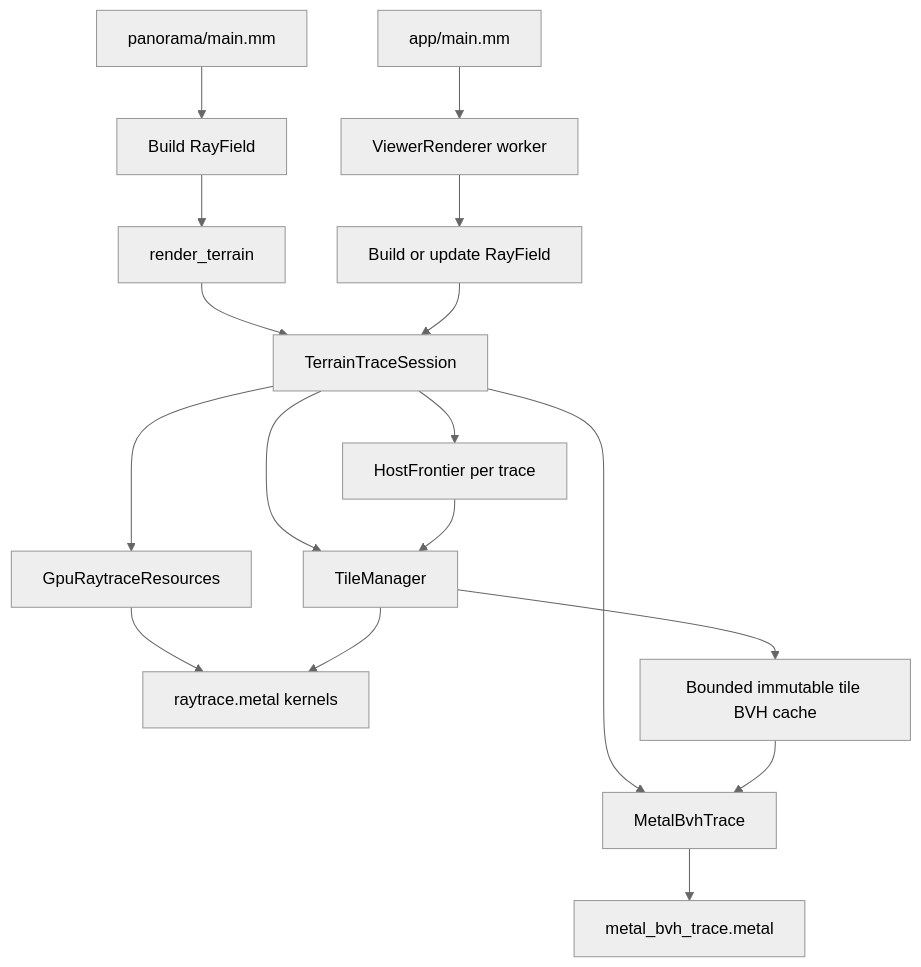
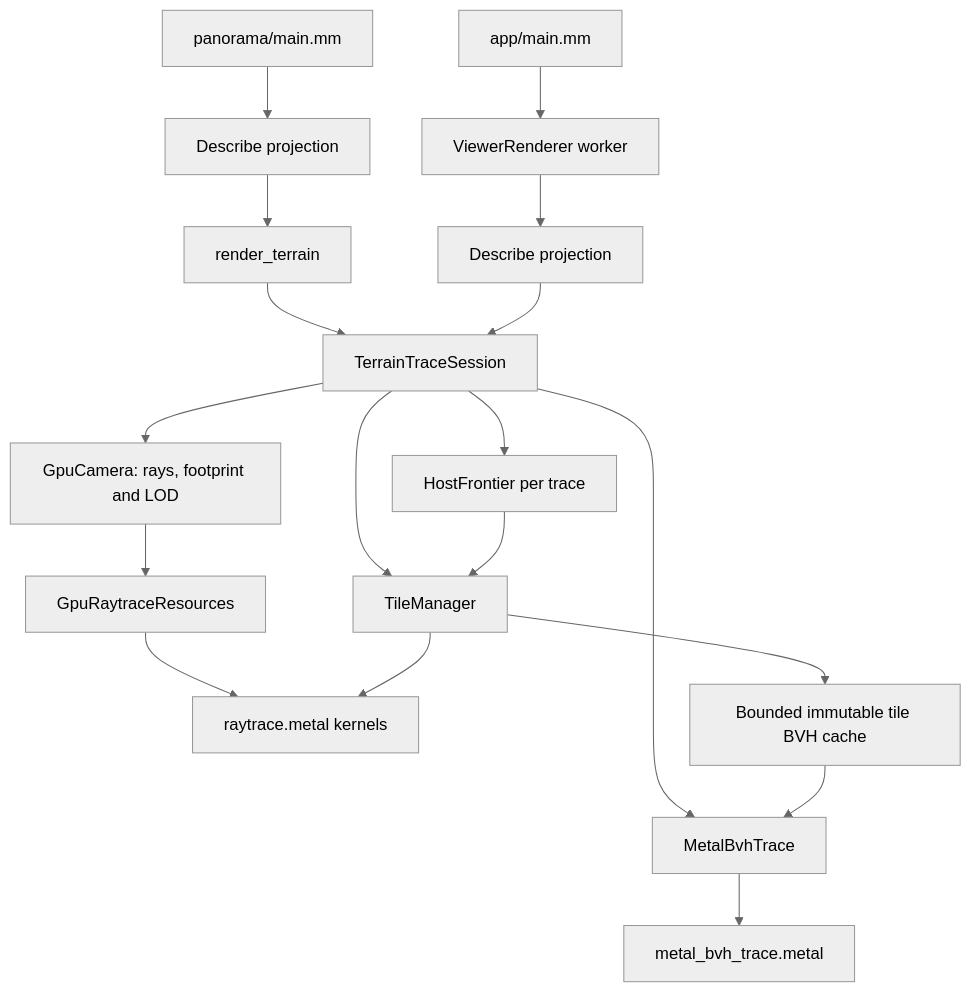
The first of 3 diagrams in src/README.md (OaHolroyd/panorama), drawn with Mermaid (neutral theme) before and after one commit. The commit also changed other lines of this file and 25 other files, not shown here.

````diff
--- a/src/README.md
+++ b/src/README.md
@@ -33,21 +33,22 @@
 ```mermaid
 flowchart TD
-    CLI[panorama/main.mm] --> RP[Build RayField]
+    CLI[panorama/main.mm] --> RP[Describe projection]
     RP --> RT[render_terrain]
     RT --> SESSION[TerrainTraceSession]
 
     APP[app/main.mm] --> VR[ViewerRenderer worker]
-    VR --> ARP[Build or update RayField]
+    VR --> ARP[Describe projection]
     ARP --> SESSION
 
     SESSION --> TM[TileManager]
-    SESSION --> GPU[GpuRaytraceResources]
+    SESSION --> CAM[GpuCamera: rays, footprint and LOD]
+    CAM --> GPU[GpuRaytraceResources]
     SESSION --> HF[HostFrontier per trace]
     GPU --> MK[raytrace.metal kernels]
     TM --> MK
     HF --> TM
     SESSION --> BVH[MetalBvhTrace]
     TM --> CACHE[Bounded immutable tile BVH cache]
     CACHE --> BVH
     BVH --> HW[metal_bvh_trace.metal]
 ```
````
